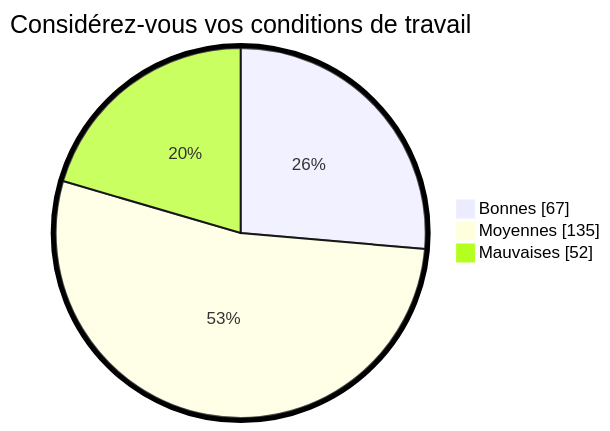
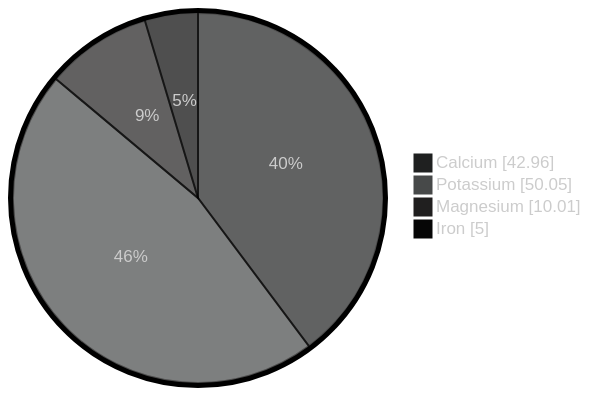
One commit to MadMaxTest-afk/hugoplate changed the diagram in content/english/pages/enquete.md. Above: the diagram before and after it, drawn with Mermaid.

````diff
--- a/content/english/pages/enquete.md
+++ b/content/english/pages/enquete.md
@@ -13,10 +13,17 @@
 ```mermaid
-
-%%{init: {"pie": {"textPosition": 0.5}, "themeVariables": {"pieOuterStrokeWidth": "5px"}} }%%
+---
+config:
+  pie:
+    textPosition: 0.5
+  themeVariables:
+    pieOuterStrokeWidth: 5px
+  theme: neo-dark
+---
 pie showData
-    title Considérez-vous vos conditions de travail
-    "Bonnes" : 67
-    "Moyennes" : 135
-    "Mauvaises" : 52
-     
+    title 
+    "Calcium" : 42.96
+    "Potassium" : 50.05
+    "Magnesium" : 10.01
+    "Iron" :  5
+    
 ```
````
